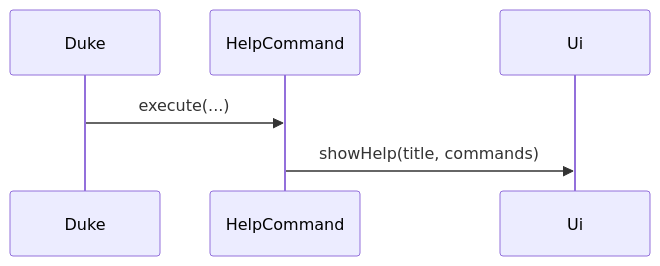
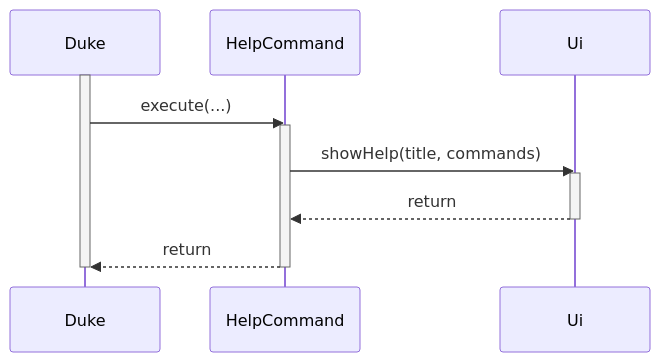
The diagram in docs/diagrams/command-help.mmd (AY2627S1-CS2113-T11-1/tp), drawn with Mermaid before and after one commit. The commit also changed 9 other files, not shown here.

Commit message:
Add activation bars to Developer Guide sequence diagrams

```diff
--- a/docs/diagrams/command-help.mmd
+++ b/docs/diagrams/command-help.mmd
@@ -1,7 +1,15 @@
 sequenceDiagram
     %% Main successful flow; validation and alternatives are described in the guide.
     participant P0 as Duke
     participant P1 as HelpCommand
     participant P2 as Ui
+    activate P0
     P0->>P1: execute(...)
+    activate P1
     P1->>P2: showHelp(title, commands)
+    activate P2
+    P2-->>P1: return
+    deactivate P2
+    P1-->>P0: return
+    deactivate P1
+    deactivate P0
```
